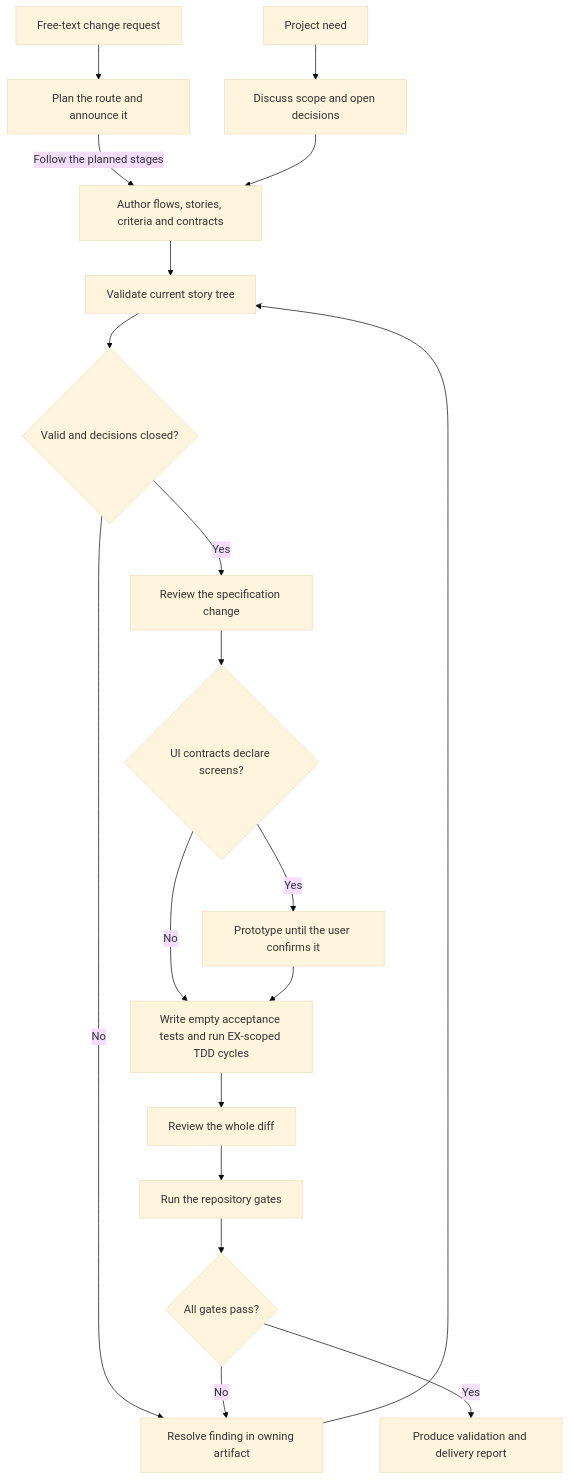
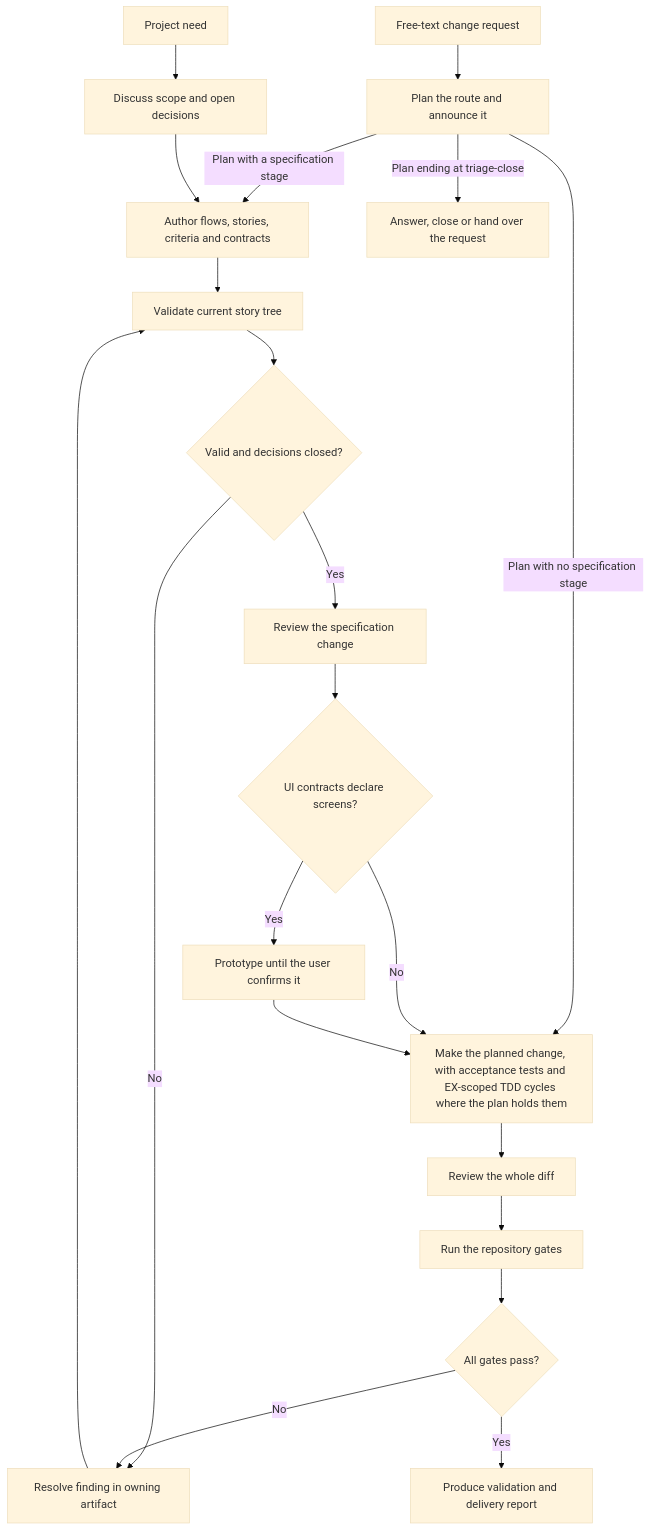
Before and after one commit to aganesy/QFAI: the diagram in .qfai/spec/02_business-flow/business-flow-0001/business-flow.md, drawn with Mermaid (base theme). The commit also changed 15 other files, not shown here.

````diff
--- a/.qfai/spec/02_business-flow/business-flow-0001/business-flow.md
+++ b/.qfai/spec/02_business-flow/business-flow-0001/business-flow.md
@@ -12,21 +12,23 @@
 ```mermaid
 flowchart TD
   Need[Project need] --> Discuss[Discuss scope and open decisions]
   Request[Free-text change request] --> Route[Plan the route and announce it]
-  Route -->|Follow the planned stages| SDD
+  Route -->|Plan with a specification stage| SDD
+  Route -->|Plan with no specification stage| Implement
+  Route -->|Plan ending at triage-close| Close[Answer, close or hand over the request]
   Discuss --> SDD[Author flows, stories, criteria and contracts]
   SDD --> Validate[Validate current story tree]
   Validate --> Ready{Valid and decisions closed?}
   Ready -->|No| Repair[Resolve finding in owning artifact]
   Repair --> Validate
   Ready -->|Yes| SpecReview[Review the specification change]
   SpecReview --> UI{UI contracts declare screens?}
   UI -->|Yes| Prototype[Prototype until the user confirms it]
-  UI -->|No| Implement[Write empty acceptance tests and run EX-scoped TDD cycles]
+  UI -->|No| Implement[Make the planned change, with acceptance tests and EX-scoped TDD cycles where the plan holds them]
   Prototype --> Implement
   Implement --> CodeReview[Review the whole diff]
   CodeReview --> Verify[Run the repository gates]
   Verify --> Gate{All gates pass?}
   Gate -->|No| Repair
   Gate -->|Yes| Report[Produce validation and delivery report]
 ```
````
